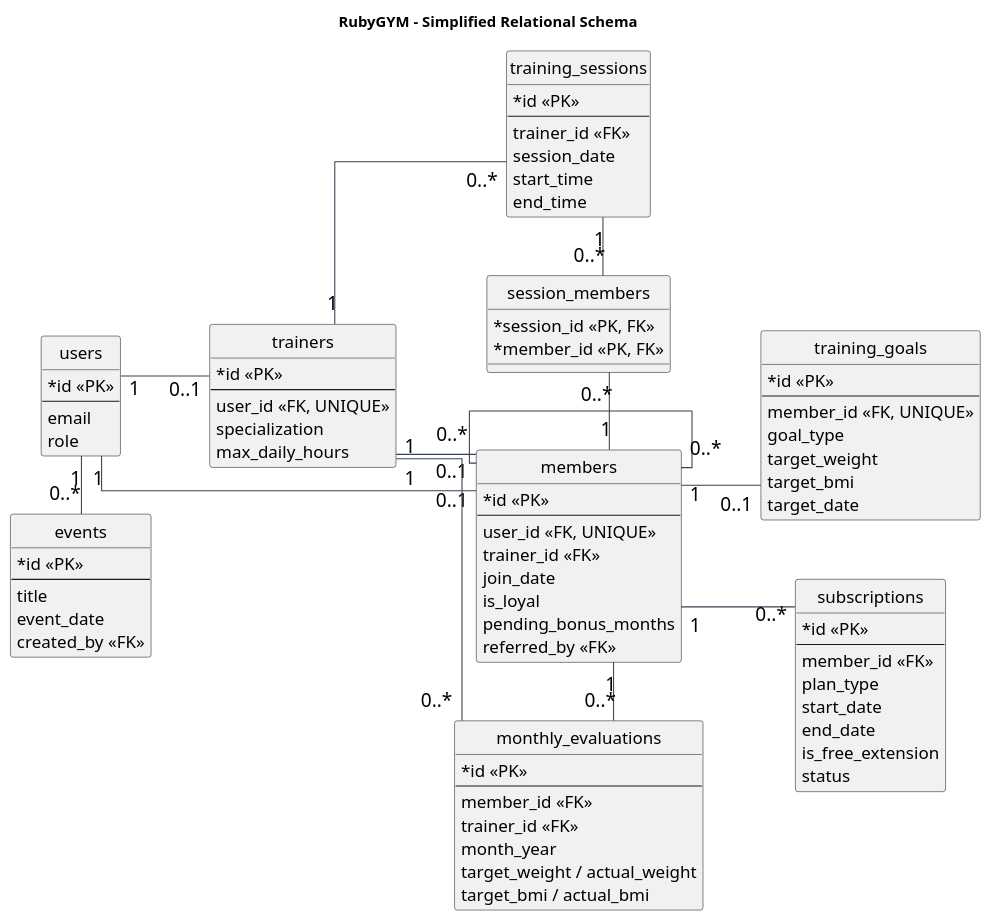
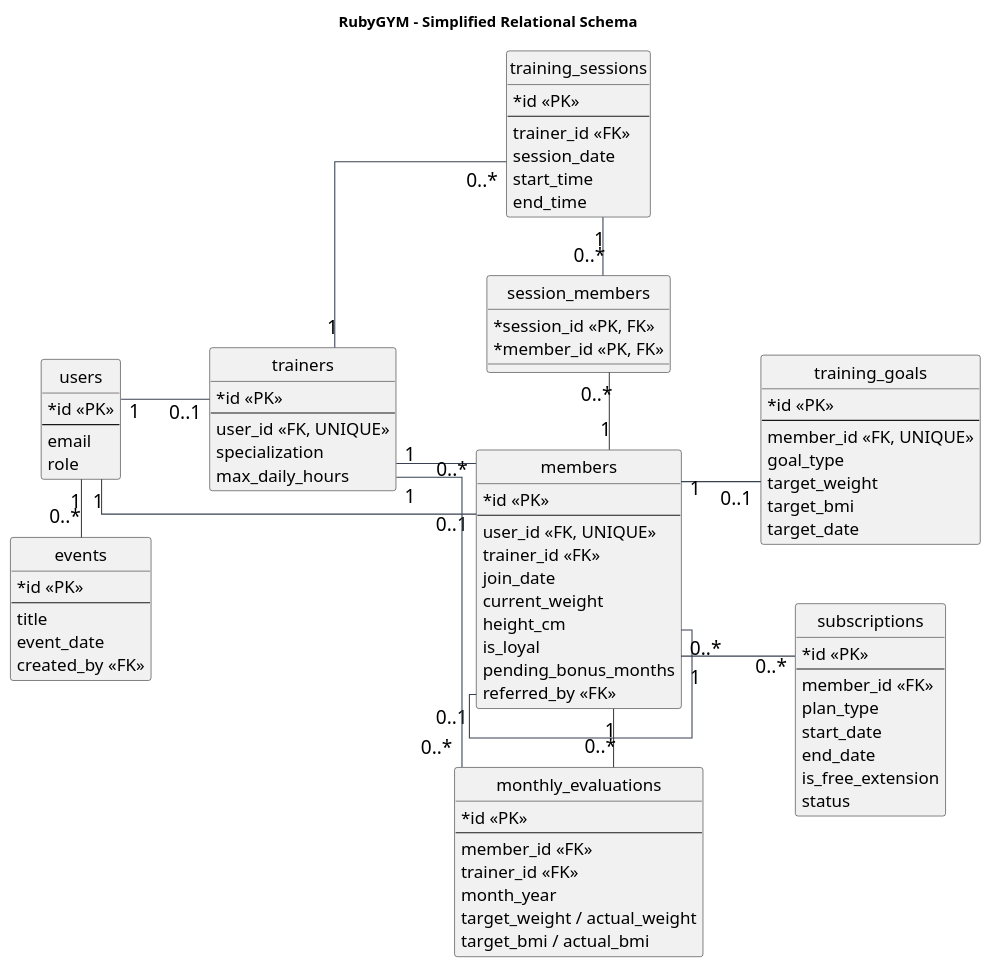
The diagram in docs/diagrams/relational-schema-simplified.puml (vuvannam-sec/rubygym), drawn with PlantUML before and after one commit. The commit also changed 161 other files, not shown here.

First line of the commit message:
Refactor: consolidate member-owned training goal, dark ruby gym UI, data-driven dashboards, synced SE docs/diagrams, security CI quality gate

```diff
--- a/docs/diagrams/relational-schema-simplified.puml
+++ b/docs/diagrams/relational-schema-simplified.puml
@@ -1,125 +1,127 @@
 @startuml
 title RubyGYM - Simplified Relational Schema
 
 left to right direction
 hide circle
 skinparam shadowing false
 skinparam backgroundColor #FFFFFF
 skinparam defaultFontName Arial
 skinparam defaultFontSize 18
 skinparam classFontSize 18
 skinparam classAttributeFontSize 16
 skinparam classAttributeIconSize 0
 skinparam linetype ortho
 skinparam nodesep 55
 skinparam ranksep 55
 skinparam ArrowColor #374151
 skinparam entity {
   BorderColor #991B1B
   BackgroundColor #FFFFFF
   FontColor #111827
 }
 
 entity "users" as users {
   * id <<PK>>
   --
   email
   role
 }
 
 entity "trainers" as trainers {
   * id <<PK>>
   --
   user_id <<FK, UNIQUE>>
   specialization
   max_daily_hours
 }
 
 entity "members" as members {
   * id <<PK>>
   --
   user_id <<FK, UNIQUE>>
   trainer_id <<FK>>
   join_date
+  current_weight
+  height_cm
   is_loyal
   pending_bonus_months
   referred_by <<FK>>
 }
 
 entity "training_goals" as training_goals {
   * id <<PK>>
   --
   member_id <<FK, UNIQUE>>
   goal_type
   target_weight
   target_bmi
   target_date
 }
 
 entity "subscriptions" as subscriptions {
   * id <<PK>>
   --
   member_id <<FK>>
   plan_type
   start_date
   end_date
   is_free_extension
   status
 }
 
 entity "training_sessions" as training_sessions {
   * id <<PK>>
   --
   trainer_id <<FK>>
   session_date
   start_time
   end_time
 }
 
 entity "session_members" as session_members {
   * session_id <<PK, FK>>
   * member_id <<PK, FK>>
 }
 
 entity "monthly_evaluations" as monthly_evaluations {
   * id <<PK>>
   --
   member_id <<FK>>
   trainer_id <<FK>>
   month_year
   target_weight / actual_weight
   target_bmi / actual_bmi
 }
 
 entity "events" as events {
   * id <<PK>>
   --
   title
   event_date
   created_by <<FK>>
 }
 
 ' Layout hints keep the high-level ownership flow readable on one slide.
 users -[hidden]down- trainers
 trainers -[hidden]down- training_sessions
 training_sessions -[hidden]right- session_members
 session_members -[hidden]right- members
 members -[hidden]down- subscriptions
 members -[hidden]down- training_goals
 members -[hidden]right- monthly_evaluations
 users -[hidden]right- events
 
 users "1" -- "0..1" trainers
 users "1" -- "0..1" members
 trainers "1" -- "0..*" members
 members "0..1" -- "0..*" members
 members "1" -- "0..1" training_goals
 members "1" -- "0..*" subscriptions
 trainers "1" -- "0..*" training_sessions
 training_sessions "1" -- "0..*" session_members
 members "1" -- "0..*" session_members
 members "1" -- "0..*" monthly_evaluations
 trainers "1" -- "0..*" monthly_evaluations
 users "1" -- "0..*" events
 
 @enduml
```
